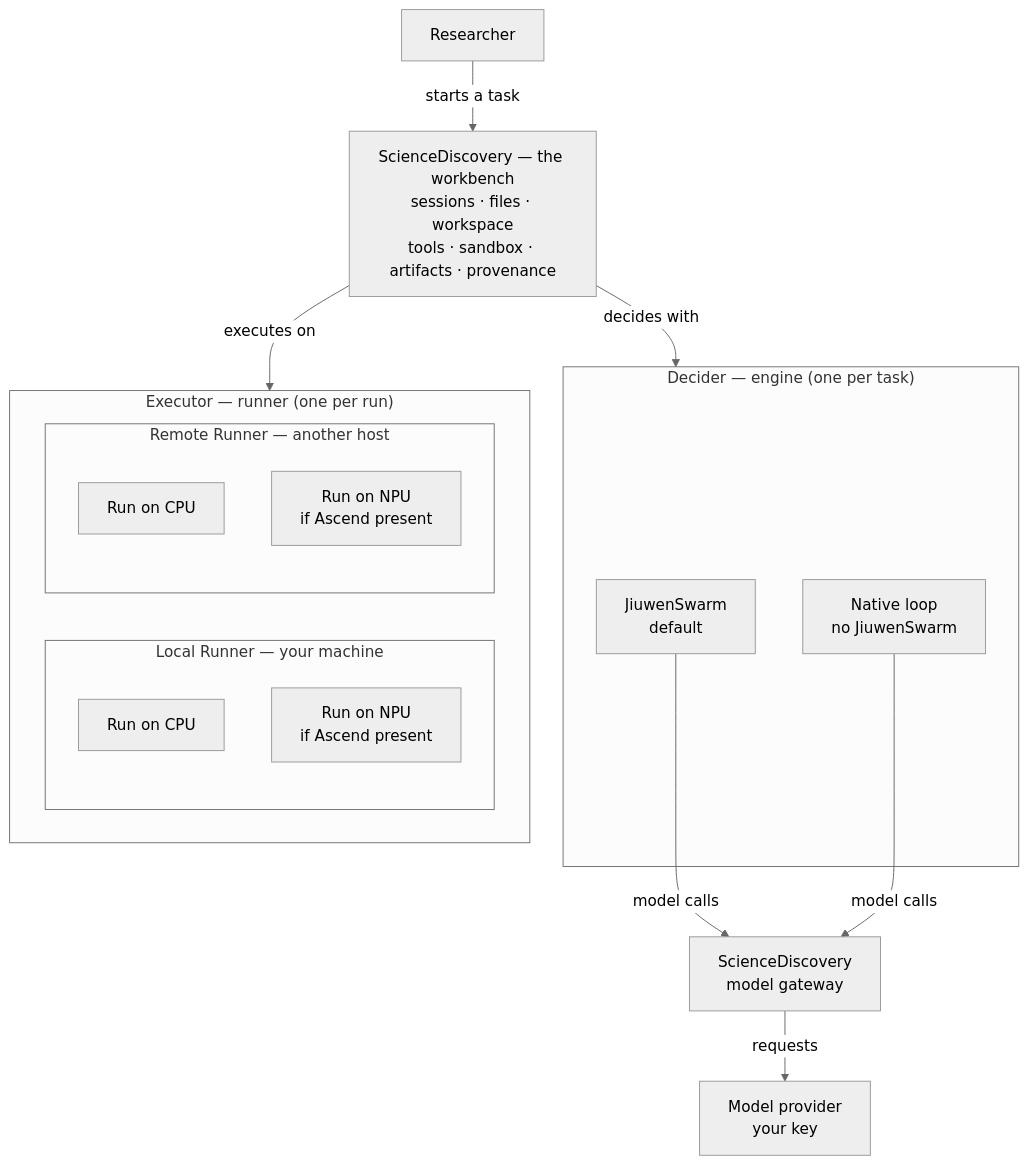
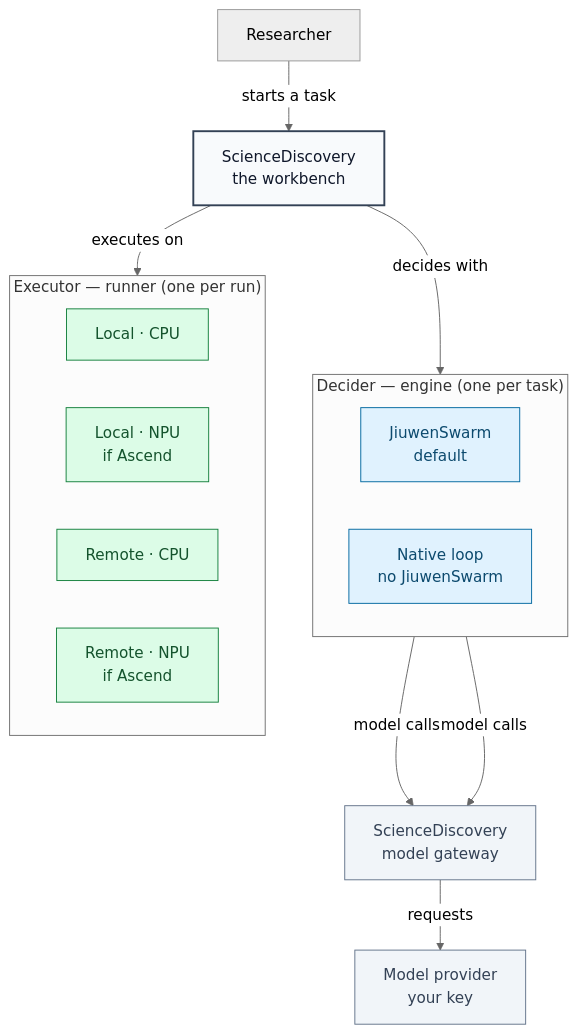
Before and after one commit to michaelatamuk/agentic-desk: the first of 5 diagrams in company/sciencediscovery/overview.md, drawn with Mermaid (neutral theme). The commit also changed other lines of this file, not shown here.

Commit message:
docs(company): clean up the ScienceDiscovery main diagram

````diff
--- a/company/sciencediscovery/overview.md
+++ b/company/sciencediscovery/overview.md
@@ -32,31 +32,38 @@
 ```mermaid
 flowchart TD
   R["Researcher"]
-  SD["ScienceDiscovery — the workbench<br/>sessions · files · workspace<br/>tools · sandbox · artifacts · provenance"]
+  SD["ScienceDiscovery<br/>the workbench"]
 
   subgraph DEC["Decider — engine (one per task)"]
+    direction LR
     JS["JiuwenSwarm<br/>default"]
     NL["Native loop<br/>no JiuwenSwarm"]
   end
 
   subgraph EXE["Executor — runner (one per run)"]
-    subgraph LOCAL["Local Runner — your machine"]
-      LC["Run on CPU"]
-      LN["Run on NPU<br/>if Ascend present"]
-    end
-    subgraph REMOTE["Remote Runner — another host"]
-      RC["Run on CPU"]
-      RN["Run on NPU<br/>if Ascend present"]
-    end
+    direction LR
+    LC["Local · CPU"]
+    LN["Local · NPU<br/>if Ascend"]
+    RC["Remote · CPU"]
+    RN["Remote · NPU<br/>if Ascend"]
   end
 
   GW["ScienceDiscovery<br/>model gateway"]
   MP["Model provider<br/>your key"]
 
   R -->|"starts a task"| SD
   SD -->|"decides with"| DEC
   JS -->|"model calls"| GW
   NL -->|"model calls"| GW
   GW -->|"requests"| MP
   SD -->|"executes on"| EXE
+
+  classDef core fill:#f8fafc,stroke:#334155,stroke-width:2px,color:#0f172a;
+  classDef dec fill:#e0f2fe,stroke:#0369a1,color:#0c4a6e;
+  classDef exe fill:#dcfce7,stroke:#15803d,color:#14532d;
+  classDef ext fill:#f1f5f9,stroke:#64748b,color:#334155;
+  class SD core;
+  class JS,NL dec;
+  class LC,LN,RC,RN exe;
+  class GW,MP ext;
 ```
````
